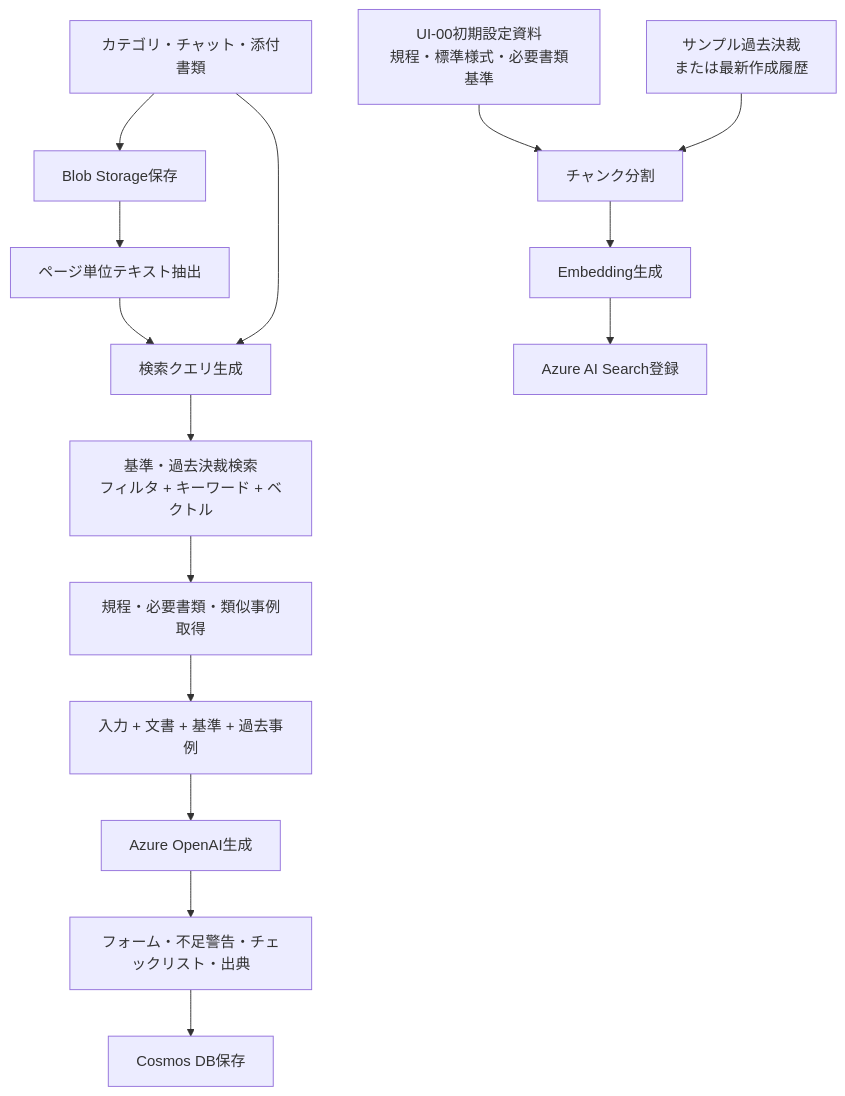
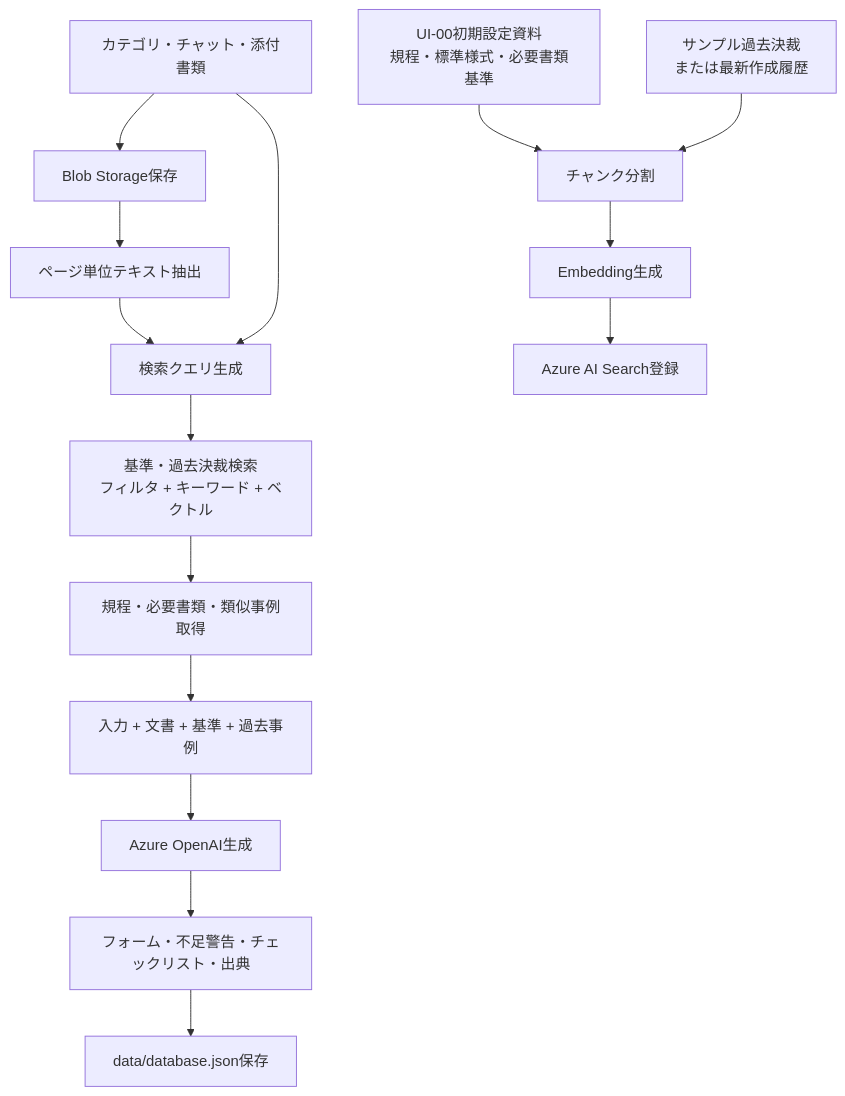
One commit to intaegi/ai_assist_project changed the third of 5 diagrams in docs/decision_rag_design_spec_ja.md. Above: the diagram before and after it, drawn with Mermaid. The commit also changed other lines of this file and 61 other files, not shown here.

````diff
--- a/docs/decision_rag_design_spec_ja.md
+++ b/docs/decision_rag_design_spec_ja.md
@@ -261,18 +258,18 @@
 ```mermaid
 flowchart TD
     A["カテゴリ・チャット・添付書類"] --> B["Blob Storage保存"]
     B --> C["ページ単位テキスト抽出"]
     C --> D["検索クエリ生成"]
     A --> D
     D --> E["基準・過去決裁検索<br/>フィルタ + キーワード + ベクトル"]
     E --> F["規程・必要書類・類似事例取得"]
     F --> G["入力 + 文書 + 基準 + 過去事例"]
     G --> H["Azure OpenAI生成"]
     H --> I["フォーム・不足警告・チェックリスト・出典"]
-    I --> J["Cosmos DB保存"]
+    I --> J["data/database.json保存"]
 
     K["UI-00初期設定資料<br/>規程・標準様式・必要書類基準"] --> L["チャンク分割"]
     P["サンプル過去決裁<br/>または最新作成履歴"] --> L
     L --> M["Embedding生成"]
     M --> N["Azure AI Search登録"]
 ```
````
